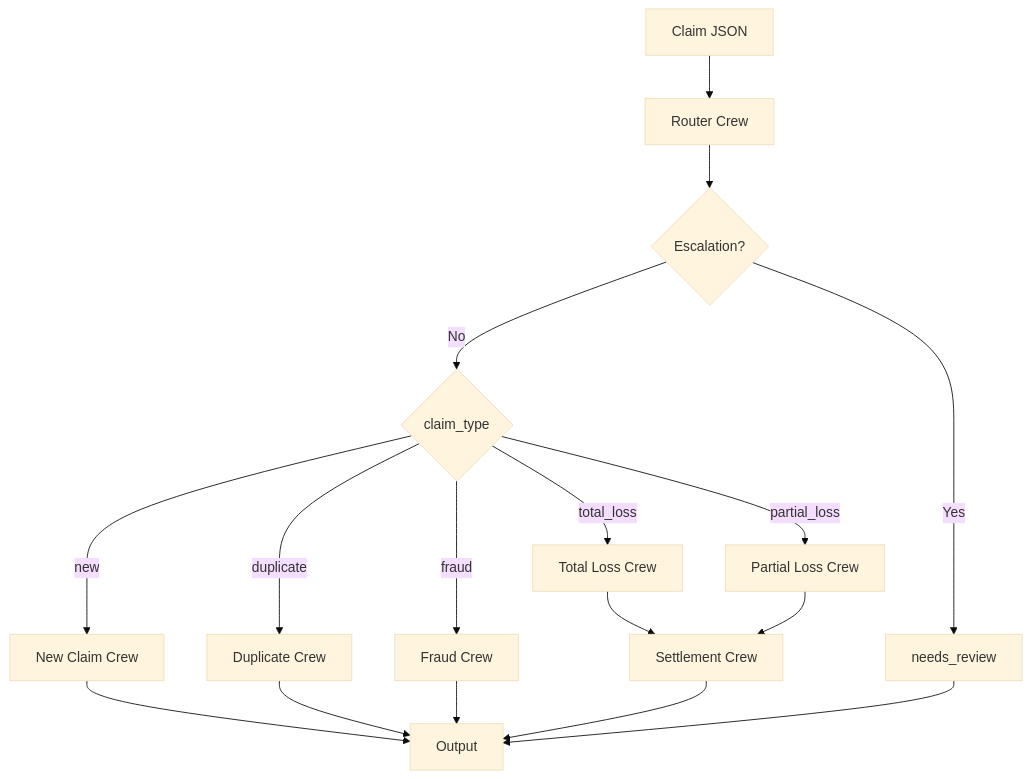
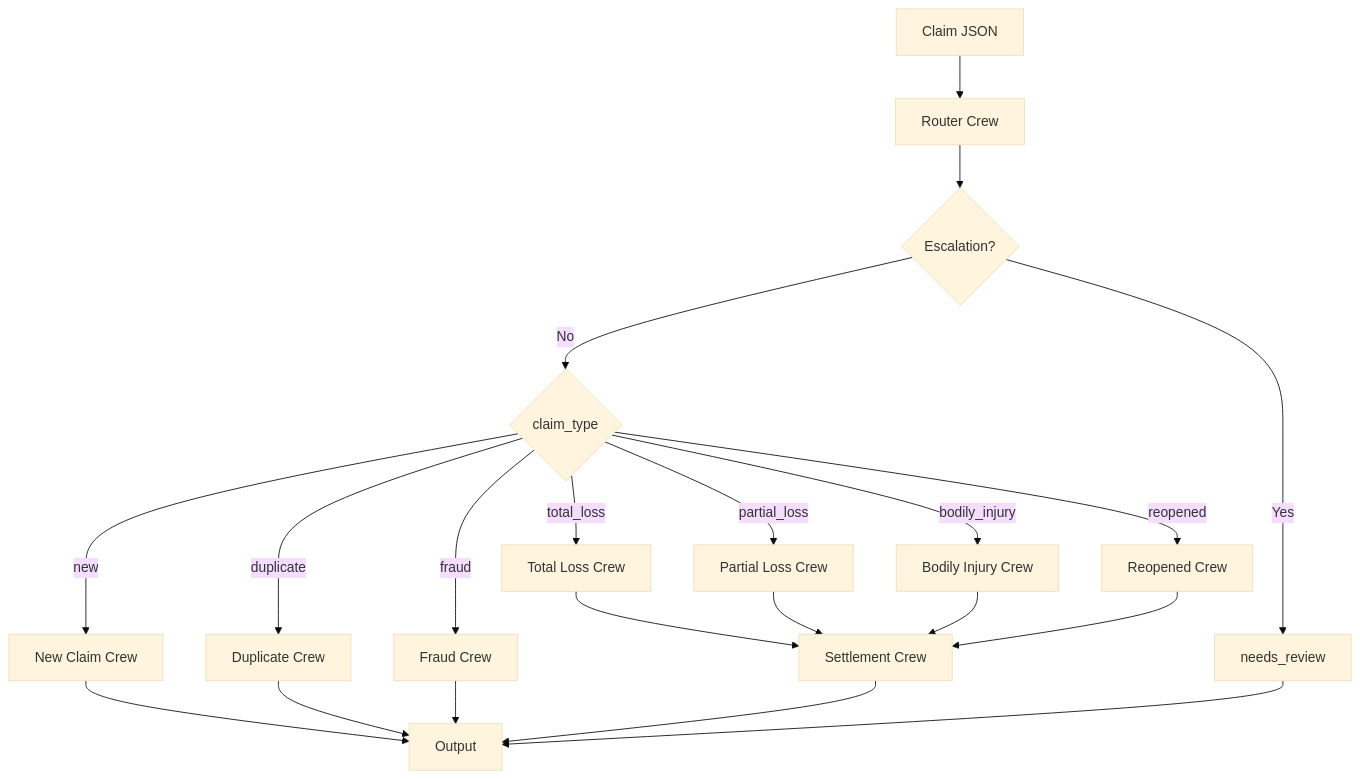
The diagram in README.md (csmangum/auto-agent), drawn with Mermaid (base theme) before and after one commit. The commit also changed other lines of this file and 8 other files, not shown here.

````diff
--- a/README.md
+++ b/README.md
@@ -23,21 +23,25 @@
 ```mermaid
 flowchart TB
     A[Claim JSON] --> B[Router Crew]
     B --> C{Escalation?}
     C -->|Yes| D[needs_review]
     C -->|No| E{claim_type}
 
     E -->|new| F[New Claim Crew]
     E -->|duplicate| G[Duplicate Crew]
     E -->|total_loss| H[Total Loss Crew]
     E -->|fraud| I[Fraud Crew]
     E -->|partial_loss| J[Partial Loss Crew]
+    E -->|bodily_injury| BI[Bodily Injury Crew]
+    E -->|reopened| R[Reopened Crew]
 
     F --> K[Output]
     G --> K
     H --> S[Settlement Crew]
     I --> K
     J --> S
+    BI --> S
+    R --> S
     S --> K
     D --> K
 ```
````
